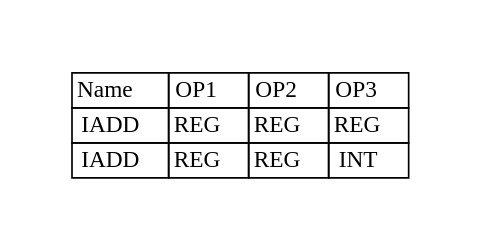
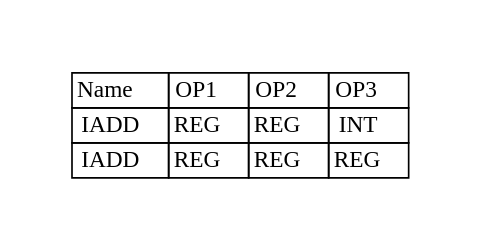
Before and after one commit to adesutherland/CREXX: the diagram in docs/books/crexx_vm_spec/svg/iadd.gv, drawn with Graphviz. The commit also changed other lines of this file and 103 other files, not shown here.

```diff
--- a/docs/books/crexx_vm_spec/svg/iadd.gv
+++ b/docs/books/crexx_vm_spec/svg/iadd.gv
@@ -1,10 +1,10 @@
 digraph{
 graph [pad="0.5", nodesep="0.5", ranksep="2" ]
 node [shape=plain]
 Foo [label=<
 <table border="0" cellborder="1" cellspacing="0">
 <tr><td> Name </td> <td> OP1 </td><td> OP2 </td><td> OP3 </td> </tr>
+<tr><td> IADD </td><td> REG </td><td> REG </td><td> INT </td> </tr>
 <tr><td> IADD </td><td> REG </td><td> REG </td><td> REG </td> </tr>
-<tr><td> IADD </td><td> REG </td><td> REG </td><td> INT </td> </tr>
 </table>>];
 }
```
